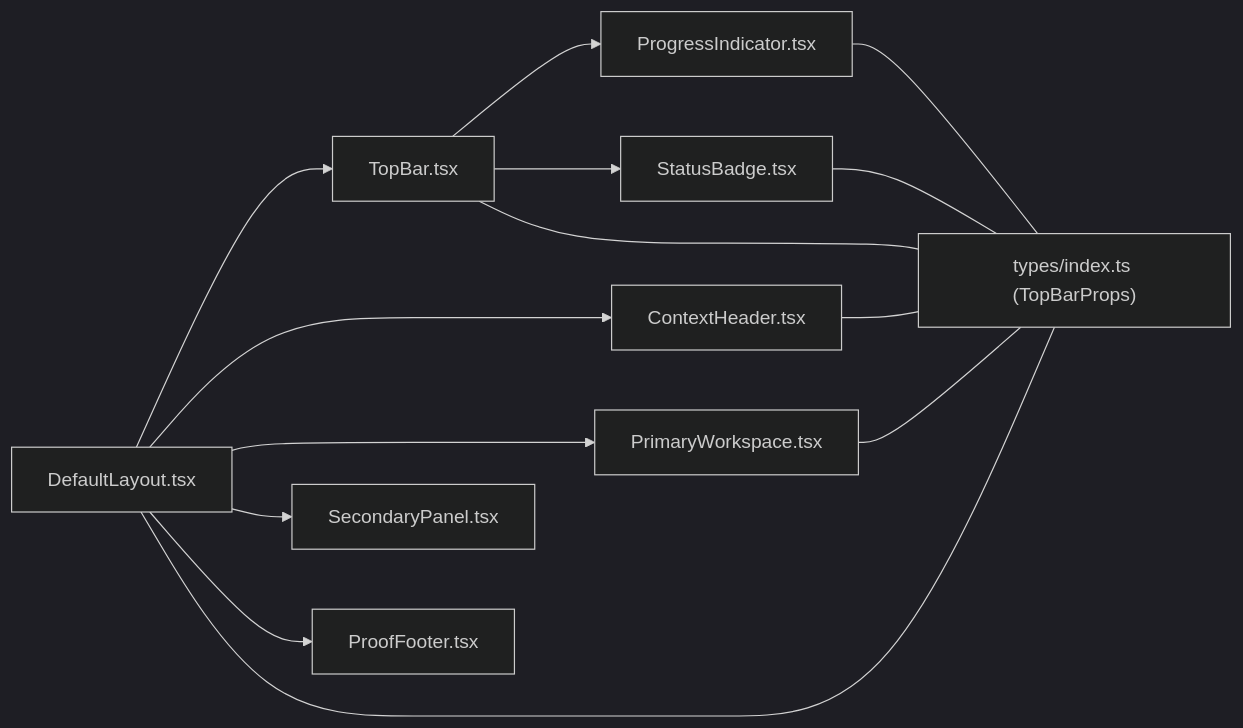
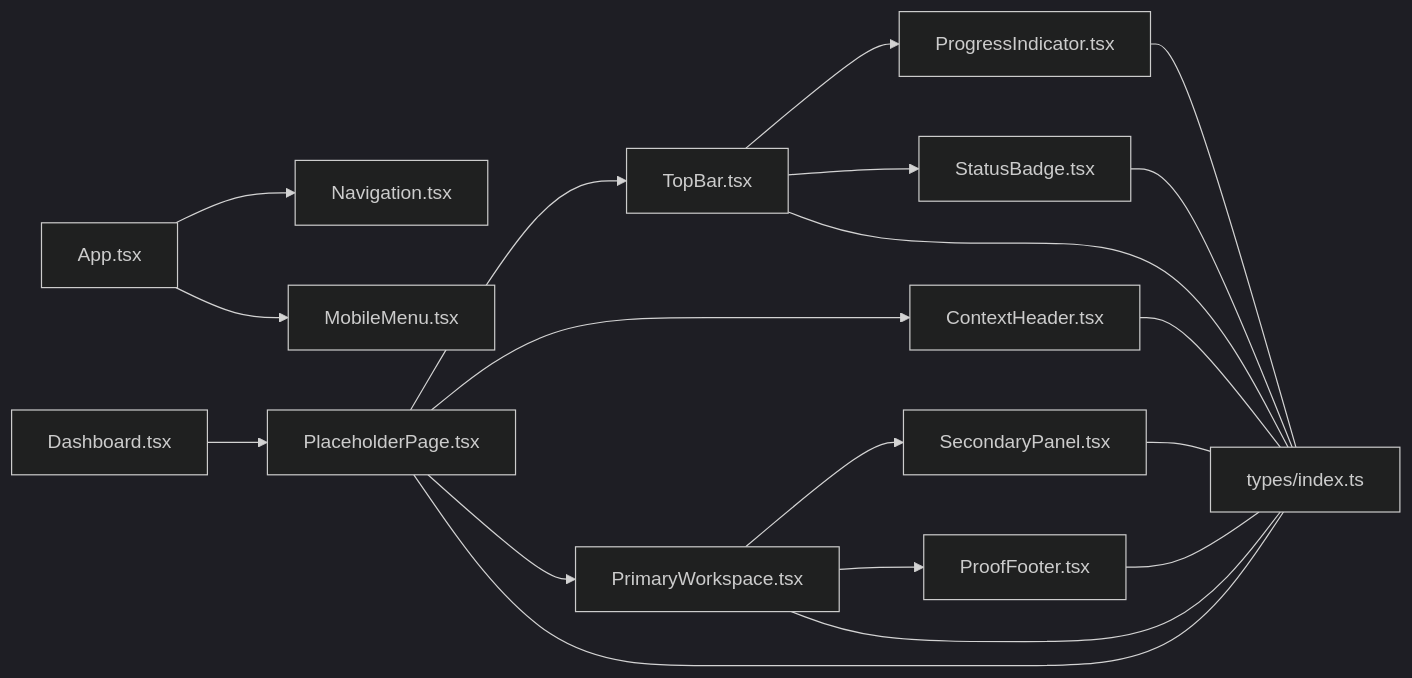
Before and after one commit to srustivd940-star/design-system: the seventh of 7 diagrams in .qoder/repowiki/en/content/Component Library Reference/Layout Components.md, drawn with Mermaid (dark theme). The commit also changed other lines of this file and 18 other files, not shown here.

````diff
--- a/.qoder/repowiki/en/content/Component Library Reference/Layout Components.md
+++ b/.qoder/repowiki/en/content/Component Library Reference/Layout Components.md
@@ -303,16 +341,21 @@
 ```mermaid
 graph LR
-DL["DefaultLayout.tsx"] --> TB["TopBar.tsx"]
-DL --> CH["ContextHeader.tsx"]
-DL --> PW["PrimaryWorkspace.tsx"]
-DL --> SP["SecondaryPanel.tsx"]
-DL --> PF["ProofFooter.tsx"]
+APP["App.tsx"] --> NAV["Navigation.tsx"]
+APP --> MM["MobileMenu.tsx"]
+DASH["Dashboard.tsx"] --> PH["PlaceholderPage.tsx"]
+PH --> TB["TopBar.tsx"]
+PH --> CH["ContextHeader.tsx"]
+PH --> PW["PrimaryWorkspace.tsx"]
+PW --> SP["SecondaryPanel.tsx"]
+PW --> PF["ProofFooter.tsx"]
 TB --> PI["ProgressIndicator.tsx"]
 TB --> SB["StatusBadge.tsx"]
-TB --- T["types/index.ts (TopBarProps)"]
+TB --- T["types/index.ts"]
 CH --- T
 PW --- T
-DL --- T
+PH --- T
 PI --- T
 SB --- T
+SP --- T
+PF --- T
 ```
````
